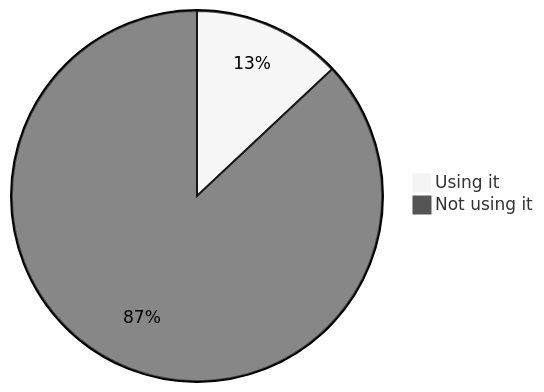
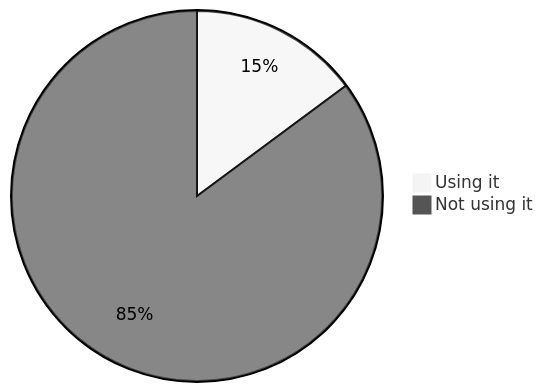
The sixth of 18 diagrams in stats.md (oshp/oshp-stats), drawn with Mermaid (neutral theme) before and after one commit. The commit also changed other lines of this file and 1 other file, not shown here.

````diff
--- a/stats.md
+++ b/stats.md
@@ -68,6 +68,6 @@
 ```mermaid
 pie
-	"Using it" : 13.0
-	"Not using it" : 87.0
+	"Using it" : 14.85
+	"Not using it" : 85.15
 
 ```
````
